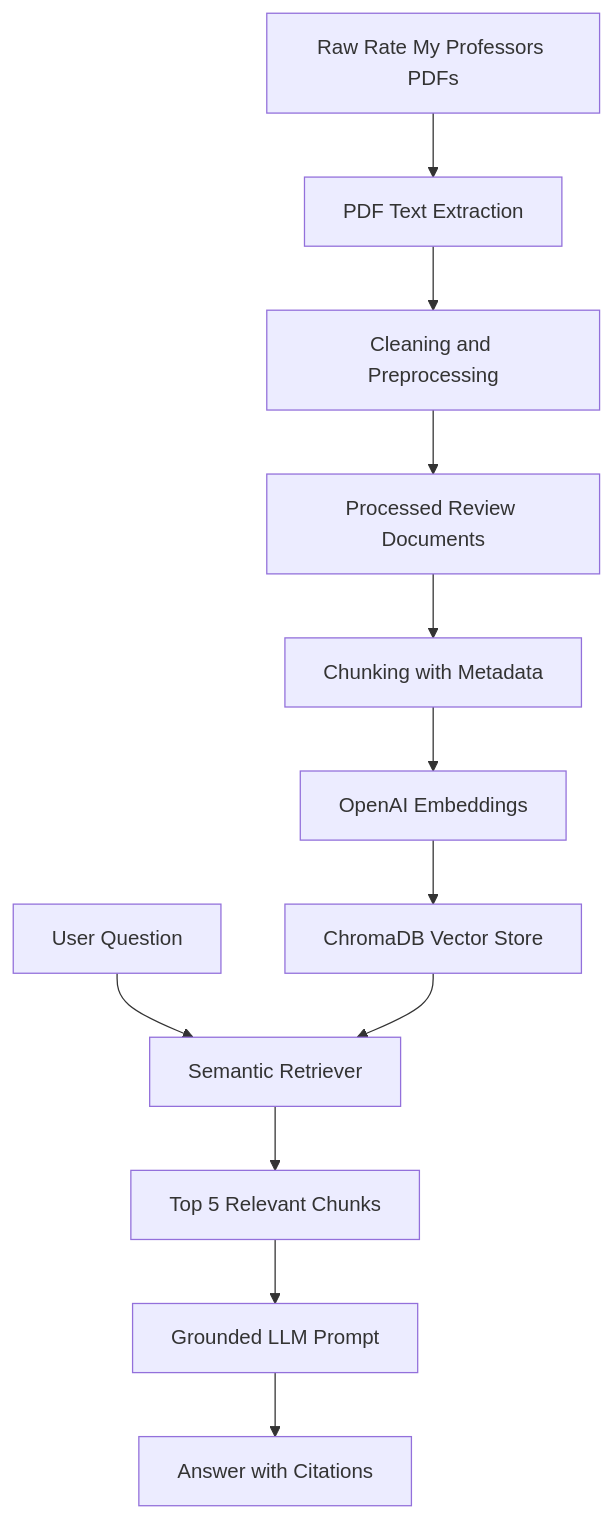
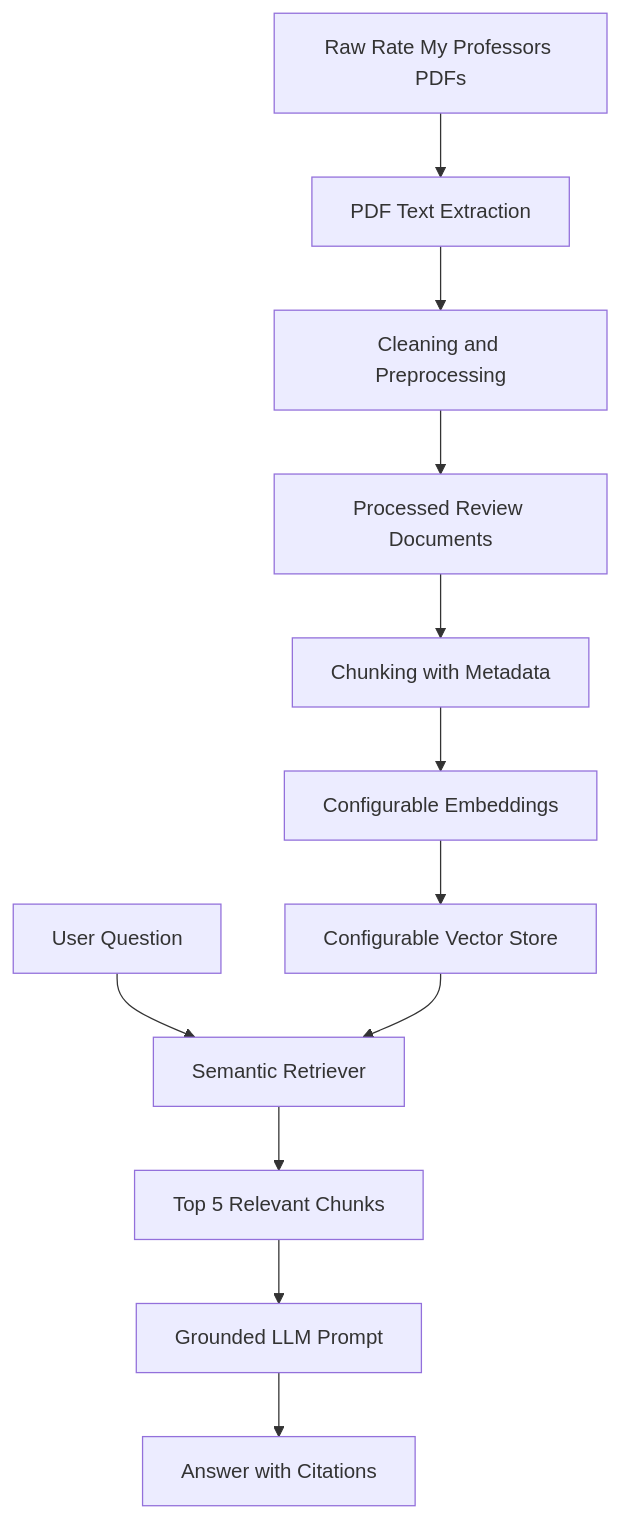
Before and after one commit to Mig1a/ai201-project1-unofficial-guide-starter: the diagram in docs/architecture.md, drawn with Mermaid. The commit also changed other lines of this file and 8 other files, not shown here.

````diff
--- a/docs/architecture.md
+++ b/docs/architecture.md
@@ -3,14 +3,14 @@
 ```mermaid
 flowchart TD
     A[Raw Rate My Professors PDFs] --> B[PDF Text Extraction]
     B --> C[Cleaning and Preprocessing]
     C --> D[Processed Review Documents]
     D --> E[Chunking with Metadata]
-    E --> F[OpenAI Embeddings]
-    F --> G[ChromaDB Vector Store]
+    E --> F[Configurable Embeddings]
+    F --> G[Configurable Vector Store]
     H[User Question] --> I[Semantic Retriever]
     G --> I
     I --> J[Top 5 Relevant Chunks]
     J --> K[Grounded LLM Prompt]
     K --> L[Answer with Citations]
 ```
````
